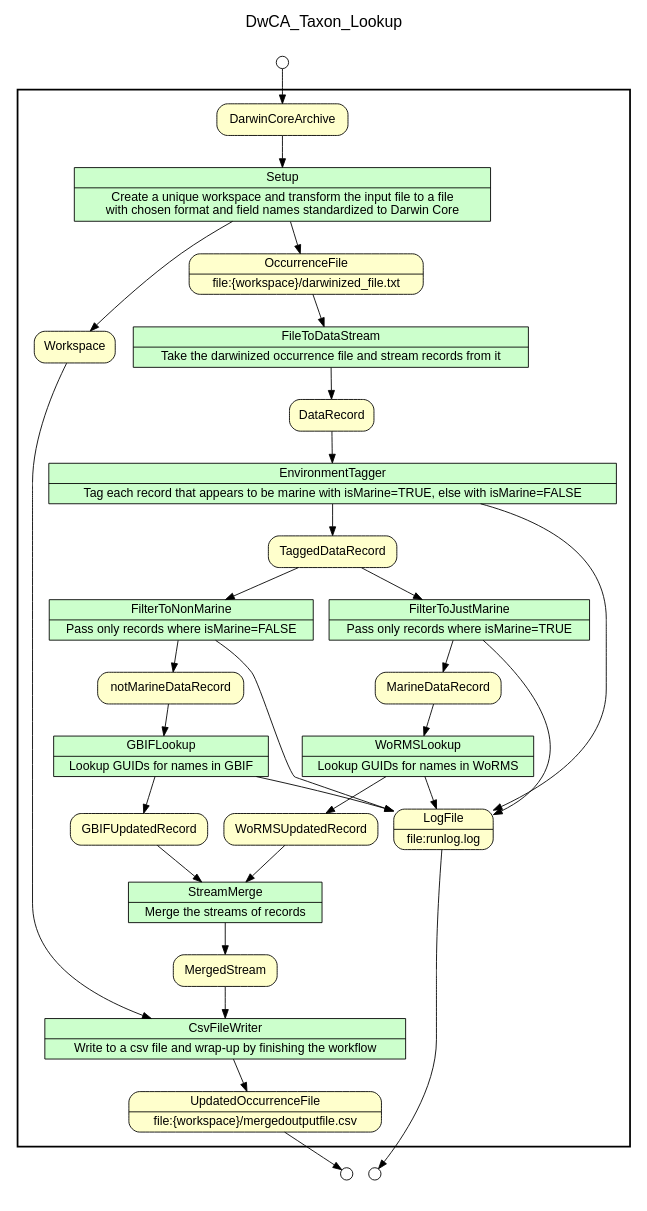
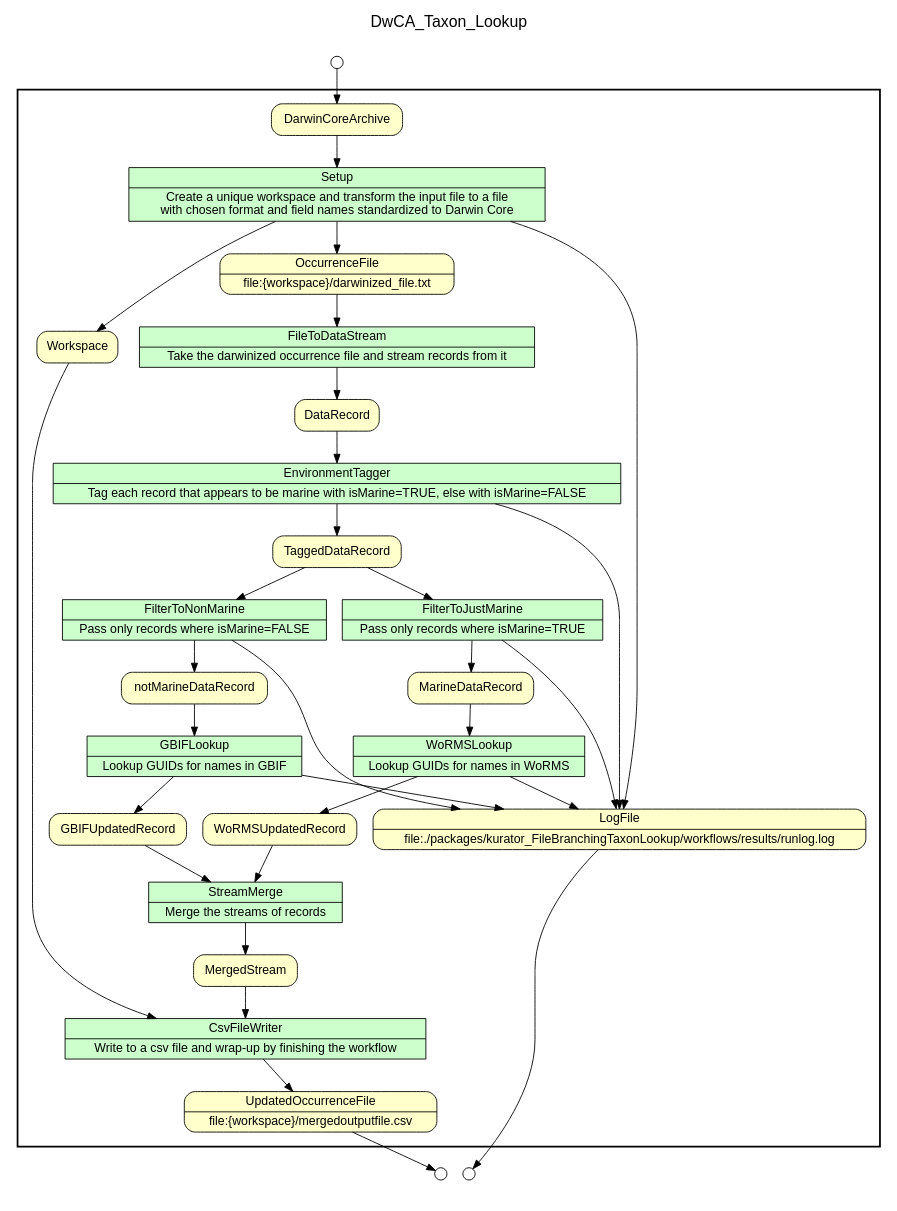
The diagram in kurator_FileBranchingTaxonLookup/workflows/results/complete_wf_graph_uri.gv (kurator-org/kurator-TDWG17-YW), drawn with Graphviz before and after one commit. The commit also changed 54 other files, not shown here.

```diff
--- a/kurator_FileBranchingTaxonLookup/workflows/results/complete_wf_graph_uri.gv
+++ b/kurator_FileBranchingTaxonLookup/workflows/results/complete_wf_graph_uri.gv
@@ -1,116 +1,117 @@
 
 /* Start of top-level graph */
 digraph Workflow {
 rankdir=TB
 
 /* Title for graph */
 fontname=Helvetica; fontsize=18; labelloc=t
 label=DwCA_Taxon_Lookup
 
 /* Start of double cluster for drawing box around nodes in workflow */
 subgraph cluster_workflow_box_outer { label=""; color=black; penwidth=2
 subgraph cluster_workflow_box_inner { label=""; penwidth=0
 
 /* Style for nodes representing atomic programs in workflow */
 node[shape=box style=filled fillcolor="#CCFFCC" peripheries=1 fontname=Helvetica]
 
 /* Nodes representing atomic programs in workflow */
 Setup [shape=record rankdir=LR label="{<f0> Setup |<f1> Create a unique workspace and transform the input file to a file\n with chosen format and field names standardized to Darwin Core}"];
 FileToDataStream [shape=record rankdir=LR label="{<f0> FileToDataStream |<f1> Take the darwinized occurrence file and stream records from it}"];
 EnvironmentTagger [shape=record rankdir=LR label="{<f0> EnvironmentTagger |<f1> Tag each record that appears to be marine with isMarine=TRUE, else with isMarine=FALSE}"];
 FilterToJustMarine [shape=record rankdir=LR label="{<f0> FilterToJustMarine |<f1> Pass only records where isMarine=TRUE}"];
 FilterToNonMarine [shape=record rankdir=LR label="{<f0> FilterToNonMarine |<f1> Pass only records where isMarine=FALSE}"];
 WoRMSLookup [shape=record rankdir=LR label="{<f0> WoRMSLookup |<f1> Lookup GUIDs for names in WoRMS}"];
 GBIFLookup [shape=record rankdir=LR label="{<f0> GBIFLookup |<f1> Lookup GUIDs for names in GBIF}"];
 StreamMerge [shape=record rankdir=LR label="{<f0> StreamMerge |<f1> Merge the streams of records}"];
 CsvFileWriter [shape=record rankdir=LR label="{<f0> CsvFileWriter |<f1> Write to a csv file and wrap-up by finishing the workflow}"];
 
 /* Style for nodes representing non-parameter data channels in workflow */
 node[shape=box style="rounded,filled" fillcolor="#FFFFCC" peripheries=1 fontname=Helvetica]
 
 /* Nodes for non-parameter data channels in workflow */
 DarwinCoreArchive
 OccurrenceFile [shape=record rankdir=LR label="{<f0> OccurrenceFile |<f1> file\:\{workspace\}/darwinized_file.txt}"];
 DataRecord
 TaggedDataRecord
 MarineDataRecord
 notMarineDataRecord
 GBIFUpdatedRecord
 WoRMSUpdatedRecord
 Workspace
 MergedStream
 UpdatedOccurrenceFile [shape=record rankdir=LR label="{<f0> UpdatedOccurrenceFile |<f1> file\:\{workspace\}/mergedoutputfile.csv}"];
-LogFile [shape=record rankdir=LR label="{<f0> LogFile |<f1> file\:runlog.log}"];
+LogFile [shape=record rankdir=LR label="{<f0> LogFile |<f1> file\:./packages/kurator_FileBranchingTaxonLookup/workflows/results/runlog.log}"];
 
 /* Style for nodes representing parameter channels in workflow */
 node[shape=box style="rounded,filled" fillcolor="#FCFCFC" peripheries=1 fontname=Helvetica]
 
 /* Nodes representing parameter channels in workflow */
 
 /* Edges representing connections between programs and channels */
 Setup -> Workspace
+Setup -> LogFile
 Setup -> OccurrenceFile
 DarwinCoreArchive -> Setup
 FileToDataStream -> DataRecord
 OccurrenceFile -> FileToDataStream
 EnvironmentTagger -> LogFile
 EnvironmentTagger -> TaggedDataRecord
 DataRecord -> EnvironmentTagger
 FilterToJustMarine -> LogFile
 FilterToJustMarine -> MarineDataRecord
 TaggedDataRecord -> FilterToJustMarine
 FilterToNonMarine -> LogFile
 FilterToNonMarine -> notMarineDataRecord
 TaggedDataRecord -> FilterToNonMarine
 WoRMSLookup -> WoRMSUpdatedRecord
 WoRMSLookup -> LogFile
 MarineDataRecord -> WoRMSLookup
 GBIFLookup -> GBIFUpdatedRecord
 GBIFLookup -> LogFile
 notMarineDataRecord -> GBIFLookup
 StreamMerge -> MergedStream
 GBIFUpdatedRecord -> StreamMerge
 WoRMSUpdatedRecord -> StreamMerge
 CsvFileWriter -> UpdatedOccurrenceFile
 Workspace -> CsvFileWriter
 MergedStream -> CsvFileWriter
 
 /* End of double cluster for drawing box around nodes in workflow */
 }}
 
 /* Hidden double-cluster for grouping workflow input ports */
 subgraph cluster_input_ports_group_outer { label=""; penwidth=0
 subgraph cluster_input_ports_group_inner { label=""; penwidth=0
 
 /* Style for nodes representing workflow input ports */
 node[shape=circle style="rounded,filled" fillcolor="#FFFFFF" peripheries=1 fontname=Helvetica width=0.2]
 
 /* Nodes representing workflow input ports */
 DarwinCoreArchive_input_port [label=""]
 
 /* End of double-cluster for grouping workflow input ports */
 }}
 
 /* Hidden double-cluster for grouping workflow output ports */
 subgraph cluster_output_ports_group_outer { label=""; penwidth=0
 subgraph cluster_output_ports_group_inner { label=""; penwidth=0
 
 /* Style for nodes representing workflow output ports */
 node[shape=circle style="rounded,filled" fillcolor="#FFFFFF" peripheries=1 fontname=Helvetica width=0.2]
 
 /* Nodes representing workflow output ports */
 UpdatedOccurrenceFile_output_port [label=""]
 LogFile_output_port [label=""]
 
 /* End of double-cluster for grouping workflow output ports */
 }}
 
 /* Edges from input ports to channels */
 DarwinCoreArchive_input_port -> DarwinCoreArchive
 
 /* Edges from channels to output ports */
 UpdatedOccurrenceFile -> UpdatedOccurrenceFile_output_port
 LogFile -> LogFile_output_port
 
 /* End of top-level graph */
 }
```
